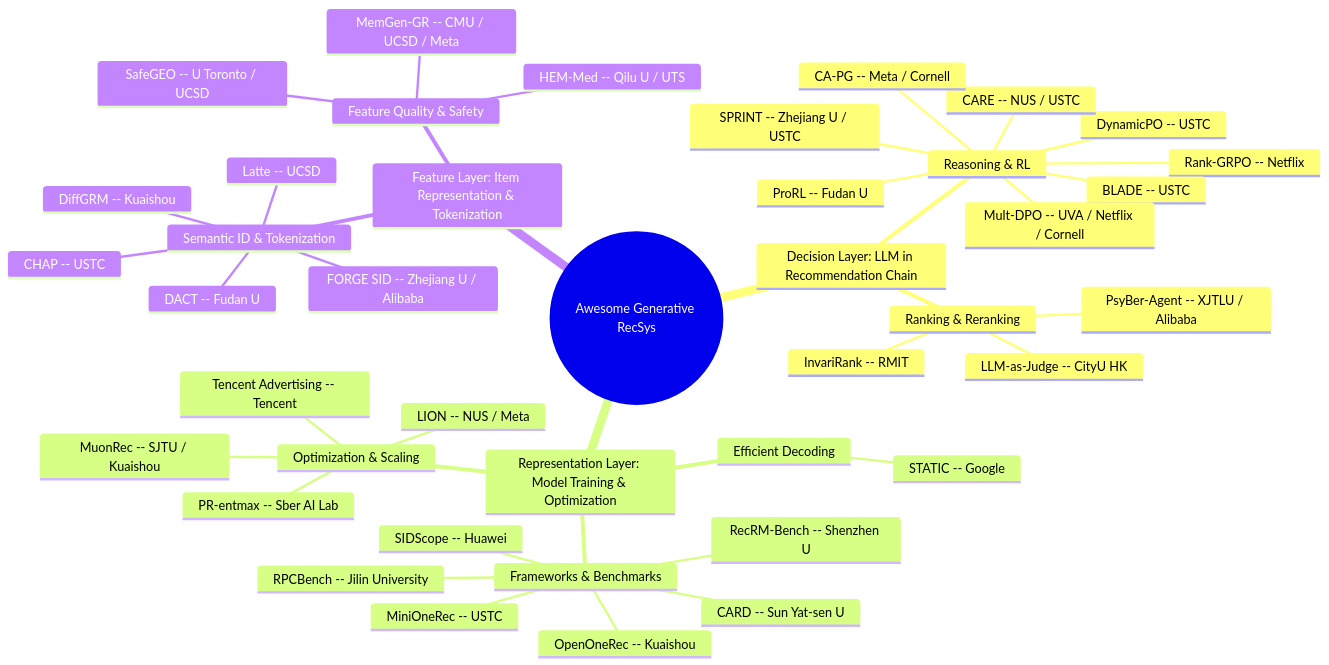
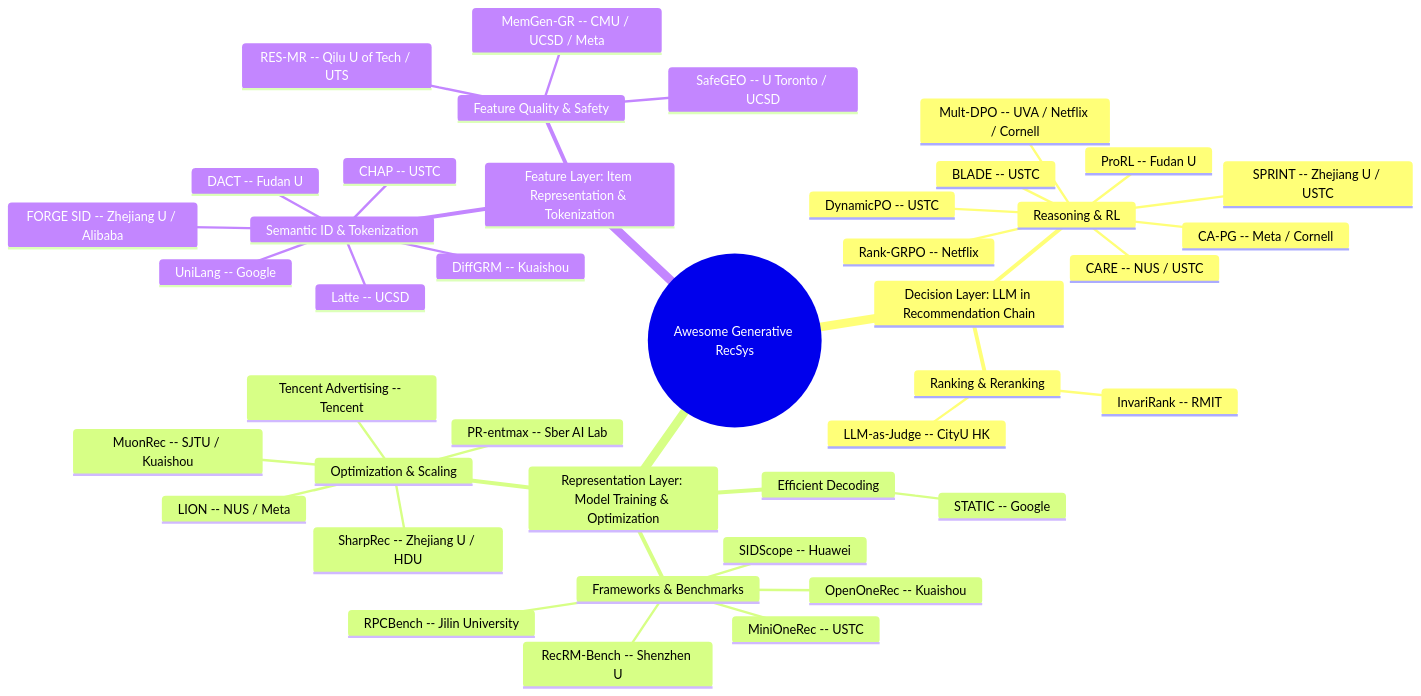
One commit to HaFred/awesome-generative-recsys changed the diagram in README.md. Above: the diagram before and after it, drawn with Mermaid. The commit also changed other lines of this file and 3 other files, not shown here.

Commit message:
Add Oct 17 gen-rec papers (AlignPoison, SharpRec, RES-MR, UniLang, TTRS) and archive Oct 06

````diff
--- a/README.md
+++ b/README.md
@@ -30,44 +30,44 @@
 ```mermaid
 mindmap
   root((Awesome Generative RecSys))
     Decision Layer: LLM in Recommendation Chain
       Reasoning & RL
         Rank-GRPO -- Netflix
         DynamicPO -- USTC
         BLADE -- USTC
         SPRINT -- Zhejiang U / USTC
         CARE -- NUS / USTC
         Mult-DPO -- UVA / Netflix / Cornell
         CA-PG -- Meta / Cornell
         ProRL -- Fudan U
       Ranking & Reranking
         InvariRank -- RMIT
         LLM-as-Judge -- CityU HK
-        PsyBer-Agent -- XJTLU / Alibaba
     Representation Layer: Model Training & Optimization
       Frameworks & Benchmarks
         MiniOneRec -- USTC
         OpenOneRec -- Kuaishou
         RecRM-Bench -- Shenzhen U
         SIDScope -- Huawei
         RPCBench -- Jilin University
-        CARD -- Sun Yat-sen U
       Efficient Decoding
         STATIC -- Google
       Optimization & Scaling
         MuonRec -- SJTU / Kuaishou
         Tencent Advertising -- Tencent
         LION -- NUS / Meta
         PR-entmax -- Sber AI Lab
+        SharpRec -- Zhejiang U / HDU
     Feature Layer: Item Representation & Tokenization
       Semantic ID & Tokenization
         Latte -- UCSD
         FORGE SID -- Zhejiang U / Alibaba
         DACT -- Fudan U
         CHAP -- USTC
         DiffGRM -- Kuaishou
+        UniLang -- Google
       Feature Quality & Safety
         SafeGEO -- U Toronto / UCSD
         MemGen-GR -- CMU / UCSD / Meta
-        HEM-Med -- Qilu U / UTS
+        RES-MR -- Qilu U of Tech / UTS
 ```
````
